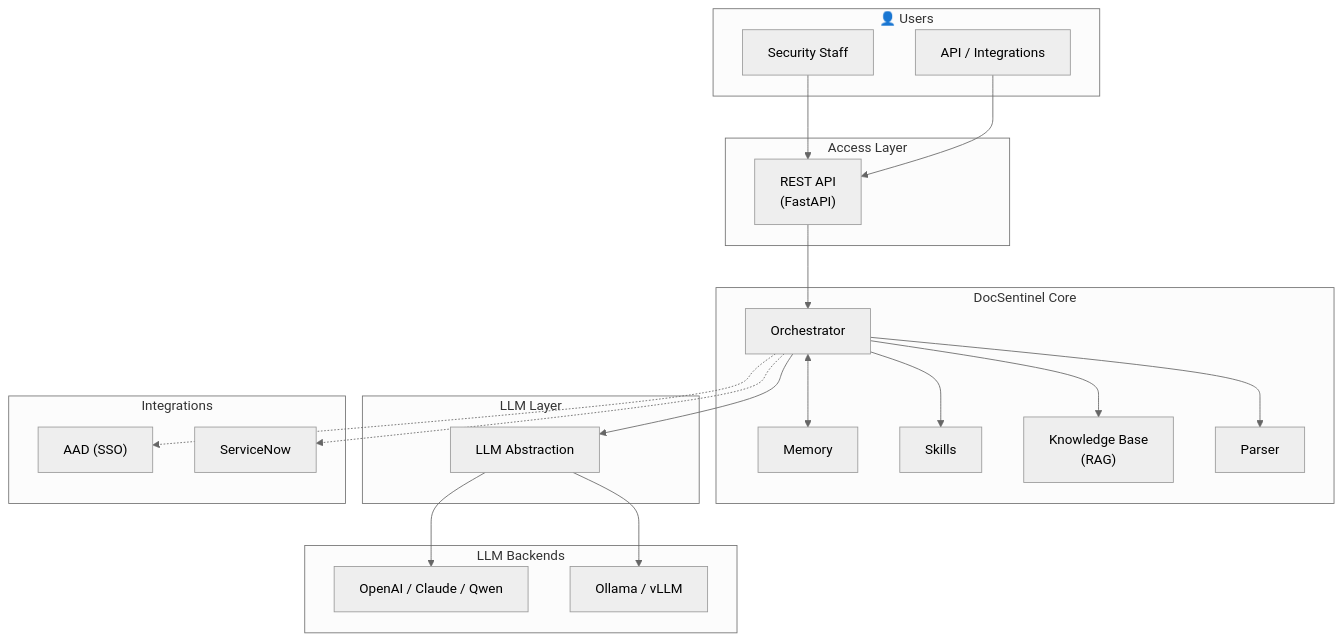
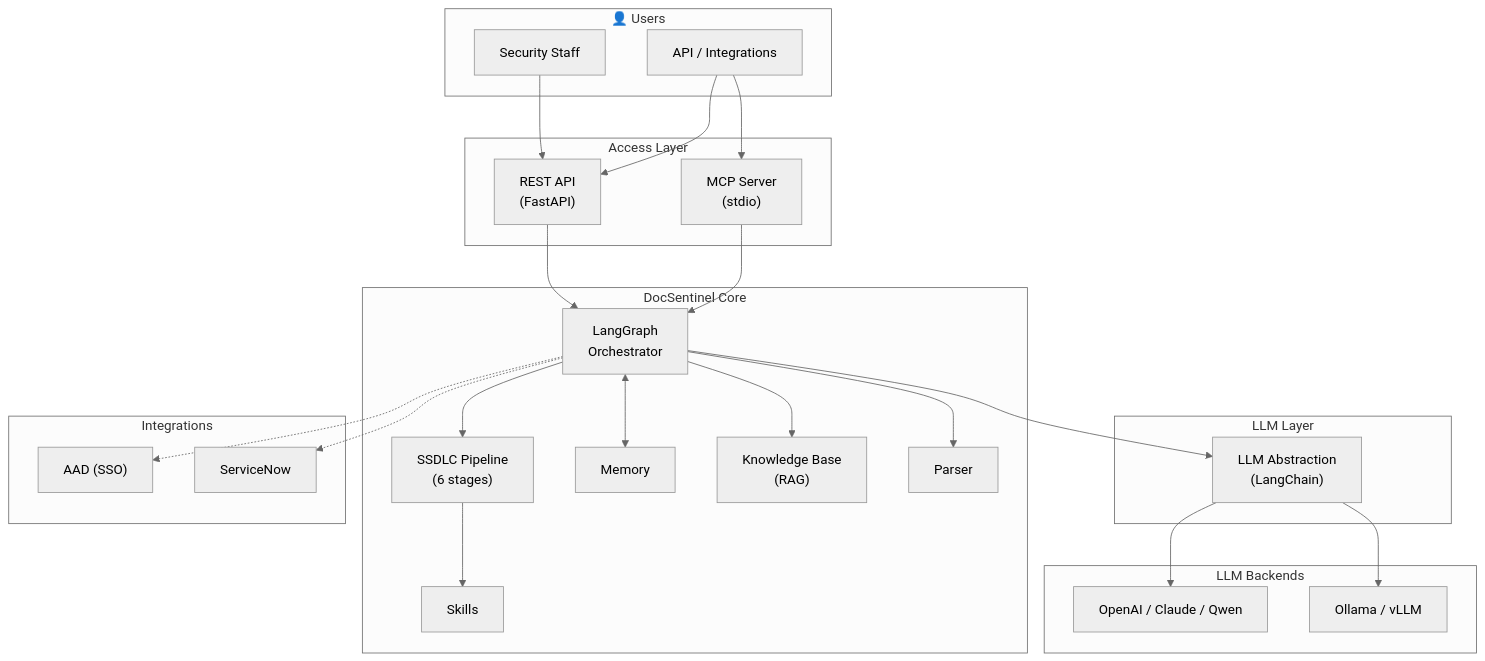
The first of 7 diagrams in ARCHITECTURE.md (arthurpanhku/DocSentinel), drawn with Mermaid (neutral theme) before and after one commit. The commit also changed other lines of this file and 9 other files, not shown here.

````diff
--- a/ARCHITECTURE.md
+++ b/ARCHITECTURE.md
@@ -41,41 +41,46 @@
 ```mermaid
 flowchart TB
     subgraph Users["👤 Users"]
         Staff["Security Staff"]
         APIUser["API / Integrations"]
     end
     subgraph Access["Access Layer"]
         API["REST API\n(FastAPI)"]
+        MCP["MCP Server\n(stdio)"]
     end
     subgraph Core["DocSentinel Core"]
-        Orch["Orchestrator"]
+        Orch["LangGraph\nOrchestrator"]
+        SSDLC["SSDLC Pipeline\n(6 stages)"]
         Mem["Memory"]
         Skill["Skills"]
         KB["Knowledge Base\n(RAG)"]
         Parser["Parser"]
     end
     subgraph LLM["LLM Layer"]
-        Abst["LLM Abstraction"]
+        Abst["LLM Abstraction\n(LangChain)"]
     end
     subgraph Backends["LLM Backends"]
         Cloud["OpenAI / Claude / Qwen"]
         Local["Ollama / vLLM"]
     end
     subgraph Integrations["Integrations"]
         AAD["AAD (SSO)"]
         SN["ServiceNow"]
     end
 
     Staff --> API
     APIUser --> API
+    APIUser --> MCP
     API --> Orch
+    MCP --> Orch
+    Orch --> SSDLC
+    SSDLC --> Skill
     Orch <--> Mem
-    Orch --> Skill
     Orch --> KB
     Orch --> Parser
     Orch --> Abst
     Abst --> Cloud
     Abst --> Local
     Orch -.-> AAD
     Orch -.-> SN
 ```
````
